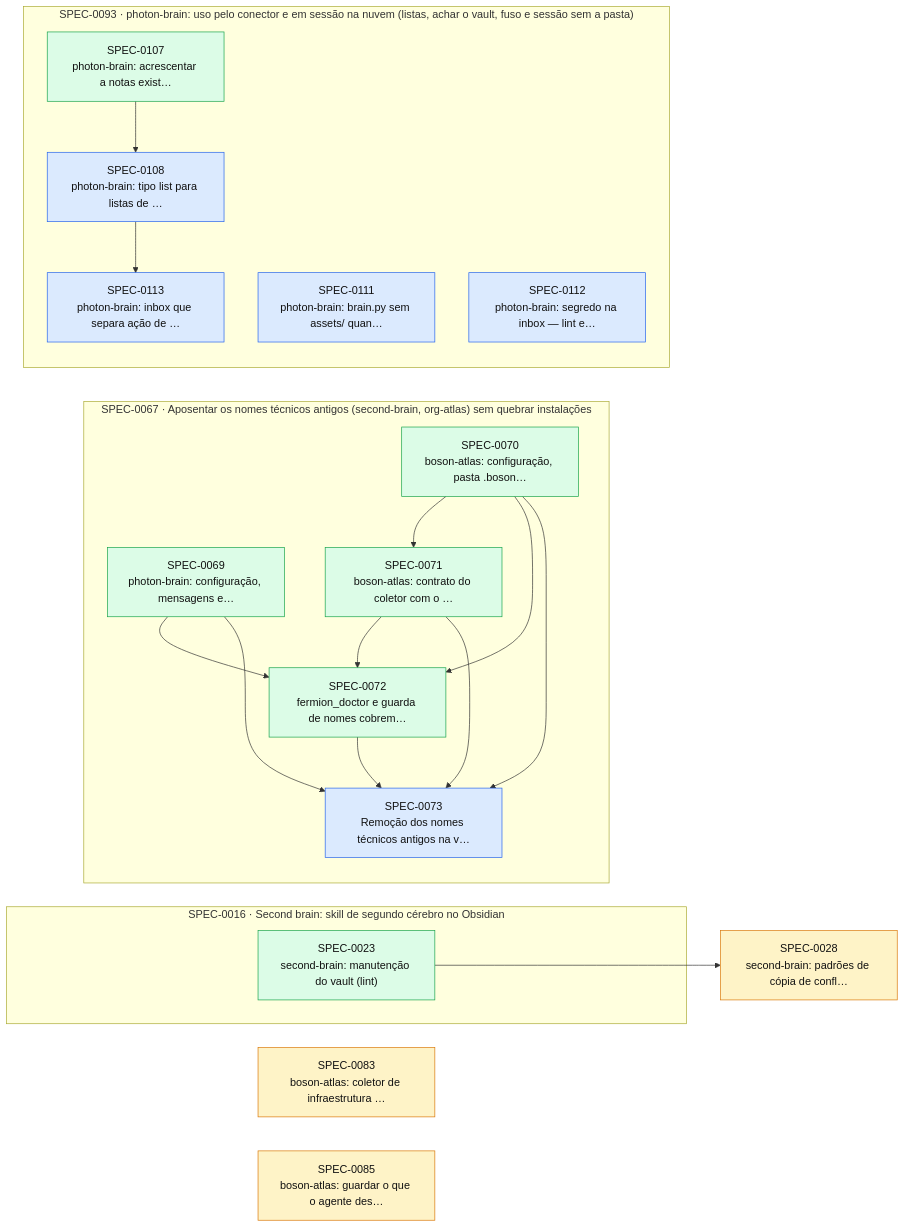
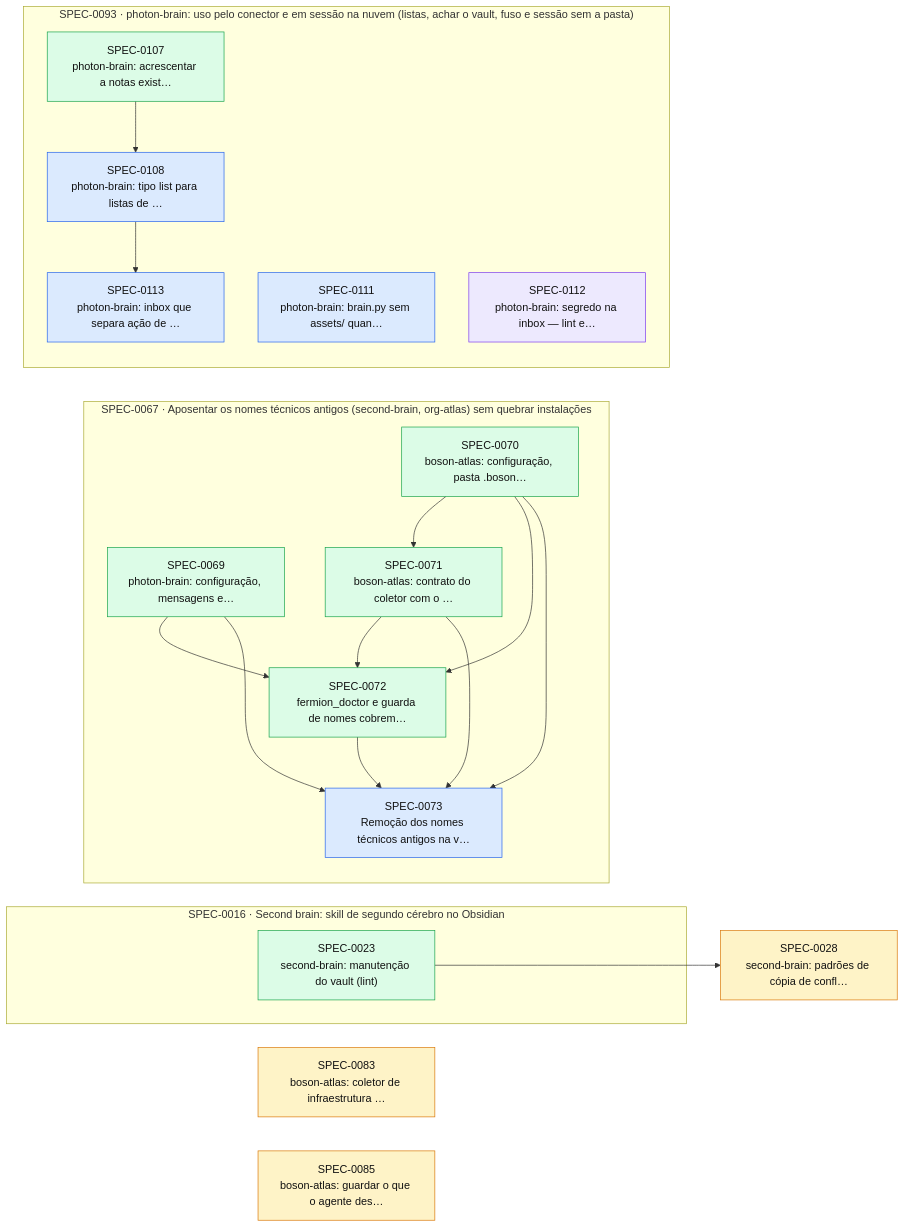
Before and after one commit to thomasravache/ai-dev-brain: the diagram in docs/specs/INDEX.md, drawn with Mermaid. The commit also changed other lines of this file and 1 other file, not shown here.

First line of the commit message:
docs(specs): inicia a SPEC-0112

````diff
--- a/docs/specs/INDEX.md
+++ b/docs/specs/INDEX.md
@@ -69,39 +69,39 @@
 ```mermaid
 flowchart LR
   S0028["SPEC-0028<br/>second-brain: padrões de cópia de confl…"]:::proposed
   S0083["SPEC-0083<br/>boson-atlas: coletor de infraestrutura …"]:::proposed
   S0085["SPEC-0085<br/>boson-atlas: guardar o que o agente des…"]:::proposed
   subgraph E0016["SPEC-0016 · Second brain: skill de segundo cérebro no Obsidian"]
     S0023["SPEC-0023<br/>second-brain: manutenção do vault (lint)"]:::implemented
   end
   subgraph E0067["SPEC-0067 · Aposentar os nomes técnicos antigos (second-brain, org-atlas) sem quebrar instalações"]
     S0069["SPEC-0069<br/>photon-brain: configuração, mensagens e…"]:::implemented
     S0070["SPEC-0070<br/>boson-atlas: configuração, pasta .boson…"]:::implemented
     S0071["SPEC-0071<br/>boson-atlas: contrato do coletor com o …"]:::implemented
     S0072["SPEC-0072<br/>fermion_doctor e guarda de nomes cobrem…"]:::implemented
     S0073["SPEC-0073<br/>Remoção dos nomes técnicos antigos na v…"]:::approved
   end
   subgraph E0093["SPEC-0093 · photon-brain: uso pelo conector e em sessão na nuvem (listas, achar o vault, fuso e sessão sem a pasta)"]
     S0107["SPEC-0107<br/>photon-brain: acrescentar a notas exist…"]:::implemented
     S0108["SPEC-0108<br/>photon-brain: tipo list para listas de …"]:::approved
     S0111["SPEC-0111<br/>photon-brain: brain.py sem assets/ quan…"]:::approved
-    S0112["SPEC-0112<br/>photon-brain: segredo na inbox — lint e…"]:::approved
+    S0112["SPEC-0112<br/>photon-brain: segredo na inbox — lint e…"]:::inprogress
     S0113["SPEC-0113<br/>photon-brain: inbox que separa ação de …"]:::approved
   end
   S0023 --> S0028
   S0070 --> S0071
   S0069 --> S0072
   S0070 --> S0072
   S0071 --> S0072
   S0069 --> S0073
   S0070 --> S0073
   S0071 --> S0073
   S0072 --> S0073
   S0107 --> S0108
   S0108 --> S0113
   classDef proposed fill:#fef3c7,stroke:#d97706,color:#111
   classDef approved fill:#dbeafe,stroke:#2563eb,color:#111
   classDef inprogress fill:#ede9fe,stroke:#7c3aed,color:#111
   classDef implemented fill:#dcfce7,stroke:#16a34a,color:#111
   classDef deprecated fill:#f3f4f6,stroke:#9ca3af,color:#6b7280
 ```
````
